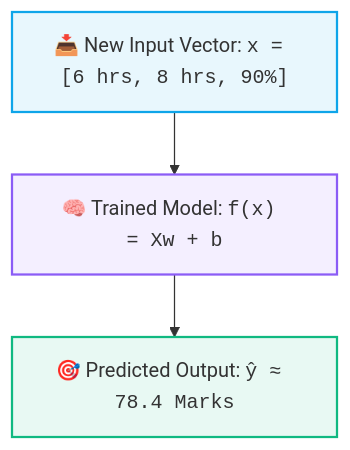
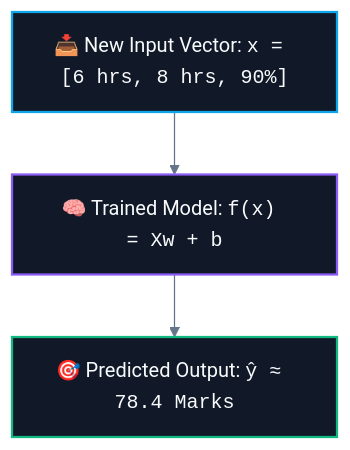
Before and after one commit to abhinavbharti2345/CS_Notes: the second of 2 diagrams in CS/AI & ML/01. Classical ML/03. Features, Targets, and Datasets.md, drawn with Mermaid. The commit also changed other lines of this file and 195 other files, not shown here.

````diff
--- a/CS/AI & ML/01. Classical ML/03. Features, Targets, and Datasets.md
+++ b/CS/AI & ML/01. Classical ML/03. Features, Targets, and Datasets.md
@@ -87,13 +88,14 @@
 ```mermaid
+%%{init: {'theme': 'base', 'themeVariables': { 'darkMode': true, 'background': '#0B0F14', 'mainBkg': '#111827', 'primaryColor': '#111827', 'primaryTextColor': '#F8FAFC', 'primaryBorderColor': '#38BDF8', 'lineColor': '#64748B', 'secondaryColor': '#0B0F14', 'tertiaryColor': '#0B0F14', 'clusterBkg': '#0B0F14', 'clusterBorder': '#38BDF8' }}}%%
 flowchart TD
     XIn["📥 New Input Vector: <code>x = [6 hrs, 8 hrs, 90%]</code>"] --> Model["🧠 Trained Model: <code>f(x) = Xw + b</code>"]
     Model --> YPred["🎯 Predicted Output: <code>ŷ ≈ 78.4 Marks</code>"]
     
-    classDef in fill:#0ea5e918,stroke:#0ea5e9,stroke-width:1.8px;
-    classDef mod fill:#8b5cf618,stroke:#8b5cf6,stroke-width:1.8px;
-    classDef out fill:#10b98118,stroke:#10b981,stroke-width:1.8px;
+    classDef in fill:#111827,stroke:#0ea5e9,stroke-width:1.8px,color:#F8FAFC;
+    classDef mod fill:#111827,stroke:#8b5cf6,stroke-width:1.8px,color:#F8FAFC;
+    classDef out fill:#111827,stroke:#10b981,stroke-width:1.8px,color:#F8FAFC;
 
     class XIn in;
     class Model mod;
     class YPred out;
 ```
````
